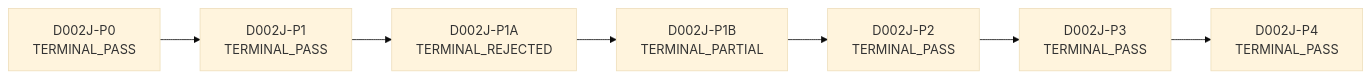
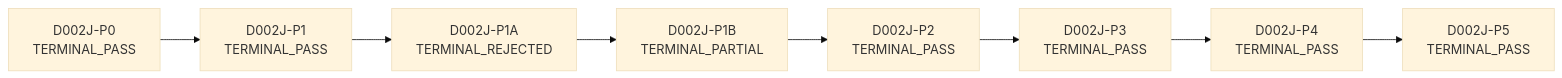
One commit to neuron7xLab/GeoSync changed the diagram in docs/research/D002J_LINEAGE_MAP.md. Above: the diagram before and after it, drawn with Mermaid (base theme). The commit also changed other lines of this file and 14 other files, not shown here.

````diff
--- a/docs/research/D002J_LINEAGE_MAP.md
+++ b/docs/research/D002J_LINEAGE_MAP.md
@@ -13,16 +13,18 @@
 ```mermaid
 graph LR
     D002J-P0[D002J-P0<br/>TERMINAL_PASS]
     D002J-P1[D002J-P1<br/>TERMINAL_PASS]
     D002J-P1A[D002J-P1A<br/>TERMINAL_REJECTED]
     D002J-P1B[D002J-P1B<br/>TERMINAL_PARTIAL]
     D002J-P2[D002J-P2<br/>TERMINAL_PASS]
     D002J-P3[D002J-P3<br/>TERMINAL_PASS]
     D002J-P4[D002J-P4<br/>TERMINAL_PASS]
+    D002J-P5[D002J-P5<br/>TERMINAL_PASS]
     D002J-P0 --> D002J-P1
     D002J-P1 --> D002J-P1A
     D002J-P1A --> D002J-P1B
     D002J-P1B --> D002J-P2
     D002J-P2 --> D002J-P3
     D002J-P3 --> D002J-P4
+    D002J-P4 --> D002J-P5
 ```
````
